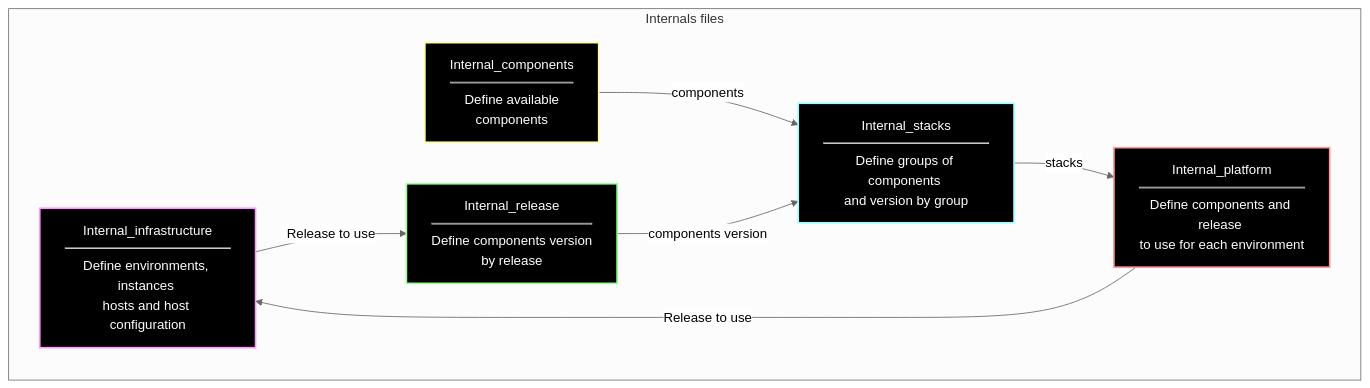
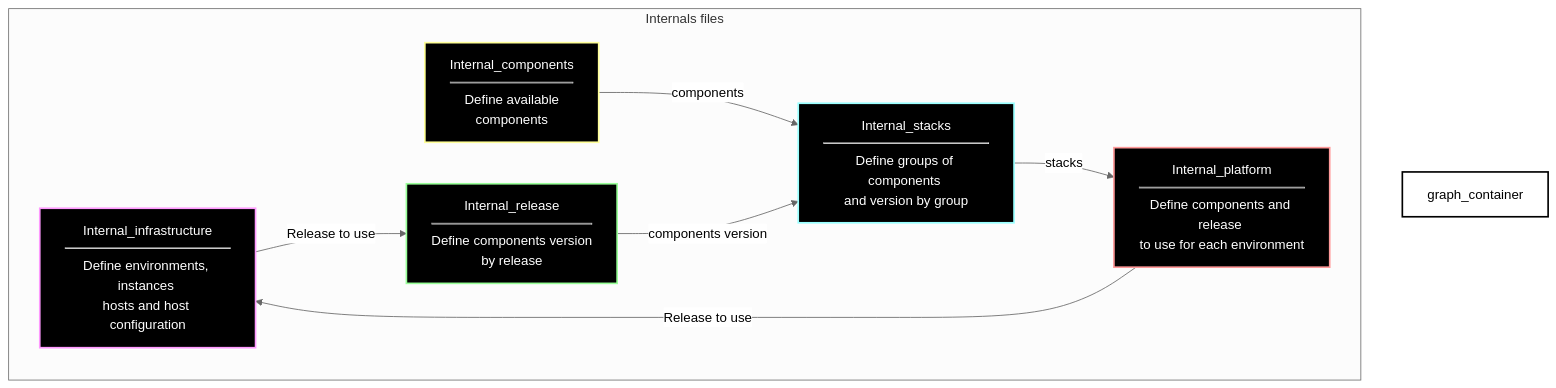
The first of 31 diagrams in Markdown1.md (SavaiRavikiran/Monitoring_With_Prometheus-Grafana), drawn with Mermaid (neutral theme) before and after one commit. The commit also changed other lines of this file, not shown here.

````diff
--- a/Markdown1.md
+++ b/Markdown1.md
@@ -3,18 +3,16 @@
 ```mermaid
 graph TD;
-
-  subgraph "Internals files"    
+  subgraph "Internals files"
+    style graph_container fill:transparent, stroke:#000, stroke-width:2px, stroke-dasharray: 0;    
     style A fill:#000, stroke:#f9f, stroke-width:2px, stroke-dasharray: 0, color:#fff;
     style B fill:#000, stroke:#9f9, stroke-width:2px, stroke-dasharray: 0, color:#fff;
     style C fill:#000, stroke:#ff9, stroke-width:2px, stroke-dasharray: 0, color:#fff;
     style D fill:#000, stroke:#9ff, stroke-width:2px, stroke-dasharray: 0, color:#fff;
     style E fill:#000, stroke:#f99, stroke-width:2px, stroke-dasharray: 0, color:#fff;
-  
     A["Internal_infrastructure<br/><hr style='margin-top: 8px; margin-bottom: 8px;'/>Define environments, instances <br/>hosts and host configuration"] -->|Release to use| B["Internal_release<br/><hr style='margin-top: 8px; margin-bottom: 8px;'/>Define components version <br/>by release"];
     C["Internal_components<br/><hr style='margin-top: 8px; margin-bottom: 8px;'/>Define available<br/> components"] -->|components| D["Internal_stacks<br/><hr style='margin-top: 8px; margin-bottom: 8px;'/>Define groups of components <br/>and version by group"];
     D -->|stacks| E["Internal_platform<br/><hr style='margin-top: 8px; margin-bottom: 8px;'/>Define components and release <br/>to use for each environment"];
     E -->|Release to use| A;
     B -->|components version| D;
-    
   end;
 ```
````
